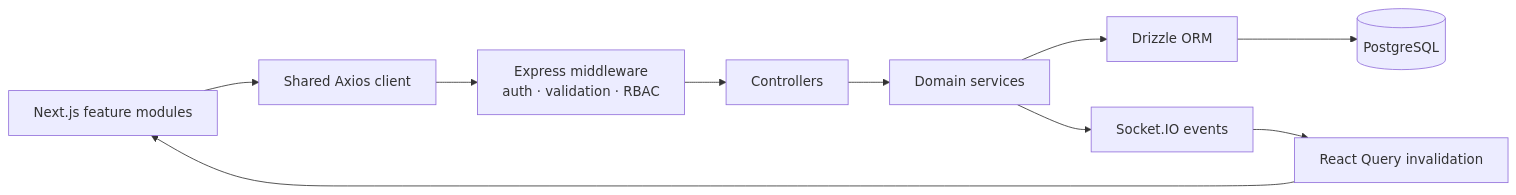
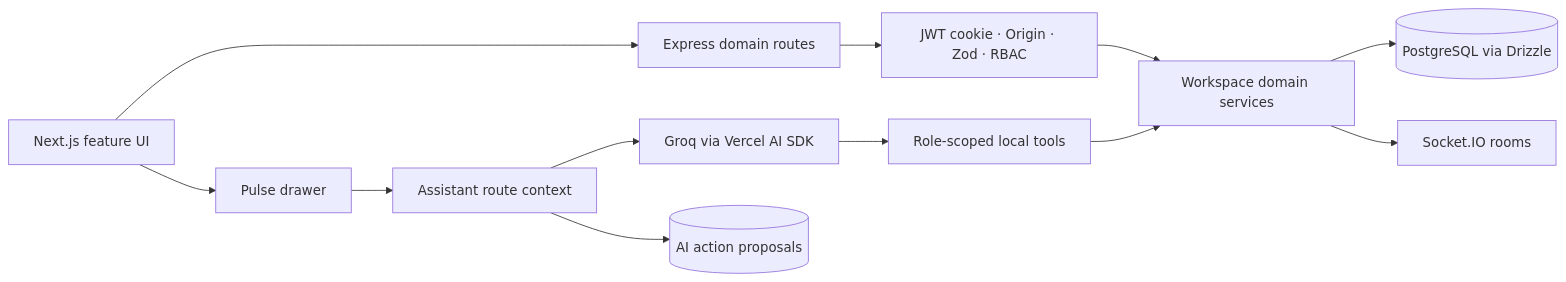
Before and after one commit to Anugrah-Singh/coordra: the second of 2 diagrams in README.md, drawn with Mermaid. The commit also changed other lines of this file and 161 other files, not shown here.

Commit message:
feat: add approval-gated Pulse assistant

````diff
--- a/README.md
+++ b/README.md
@@ -21,12 +44,14 @@
 ```mermaid
 flowchart LR
-  UI["Next.js feature modules"] --> AX["Shared Axios client"]
-  AX --> MW["Express middleware<br/>auth · validation · RBAC"]
-  MW --> CT["Controllers"]
-  CT --> SV["Domain services"]
-  SV --> DB["Drizzle ORM"]
-  DB --> PG[("PostgreSQL")]
-  SV --> IO["Socket.IO events"]
-  IO --> RQ["React Query invalidation"]
-  RQ --> UI
+  UI[Next.js feature UI] --> API[Express domain routes]
+  API --> SEC[JWT cookie · Origin · Zod · RBAC]
+  SEC --> DOM[Workspace domain services]
+  DOM --> PG[(PostgreSQL via Drizzle)]
+  DOM --> IO[Socket.IO rooms]
+  UI --> PULSE[Pulse drawer]
+  PULSE --> AR[Assistant route context]
+  AR --> GROQ[Groq via Vercel AI SDK]
+  GROQ --> TOOLS[Role-scoped local tools]
+  TOOLS --> DOM
+  AR --> PROP[(AI action proposals)]
 ```
````
